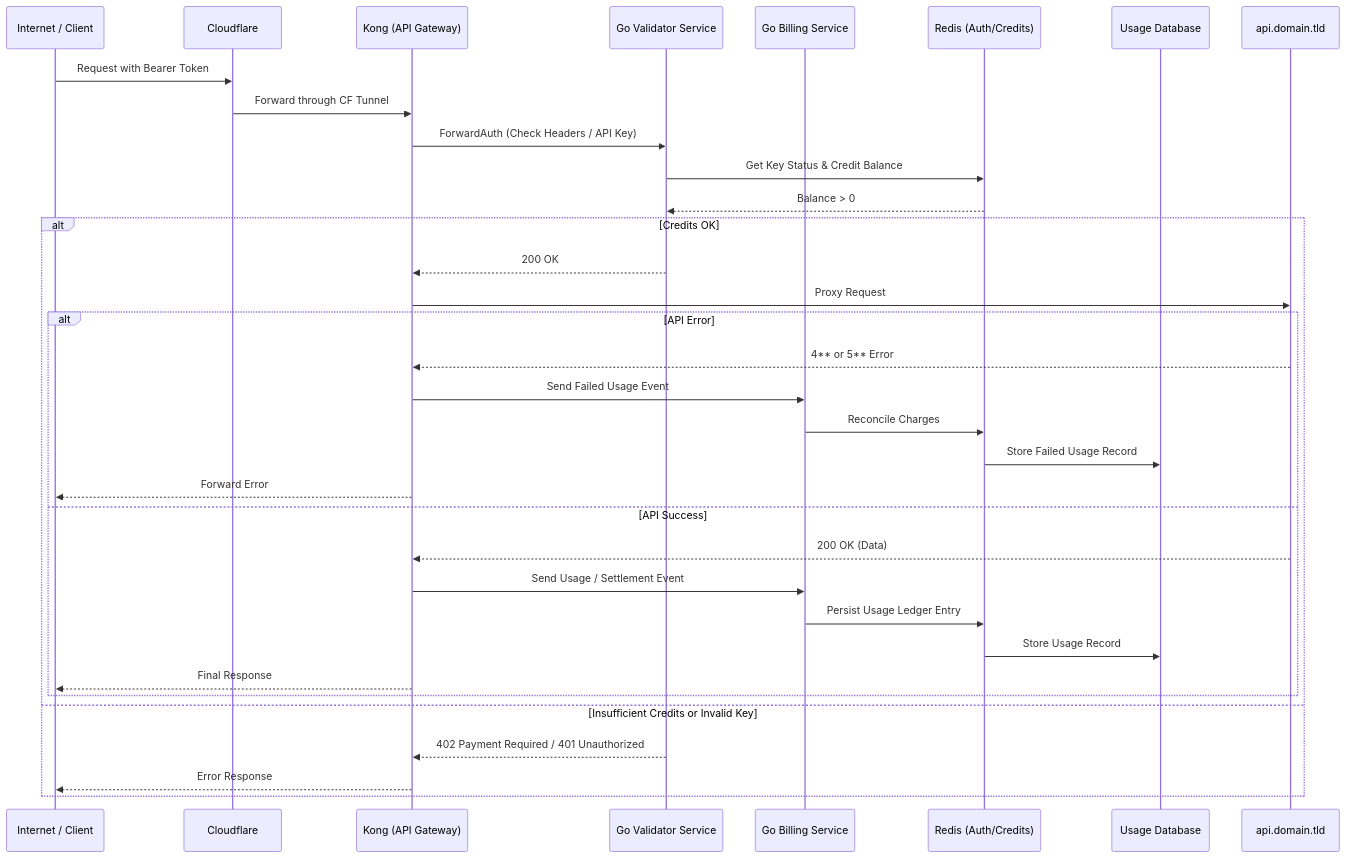
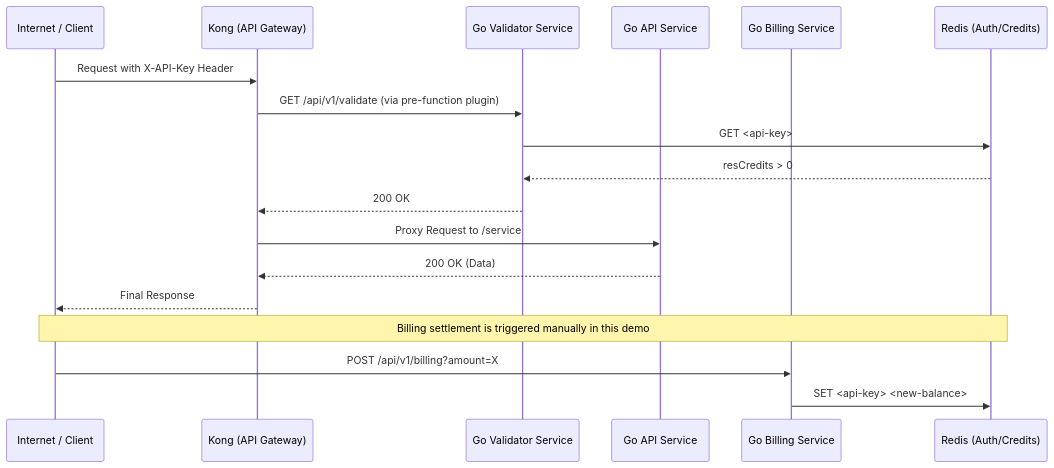
One commit to m-spangenberg/demo-monetized-api changed the first of 2 diagrams in README.md. Above: the diagram before and after it, drawn with Mermaid. The commit also changed other lines of this file, not shown here.

Commit message:
chore: update README with enhanced API flow and demo instructions

````diff
--- a/README.md
+++ b/README.md
@@ -7,46 +7,24 @@
 ```mermaid
 sequenceDiagram
     participant User as Internet / Client
-    participant CF as Cloudflare
     participant Kong as Kong (API Gateway)
     participant Validator as Go Validator Service
+    participant API as Go API Service
     participant Billing as Go Billing Service
     participant Redis as Redis (Auth/Credits)
-    participant DB as Usage Database
-    participant API as api.domain.tld
 
-    User->>CF: Request with Bearer Token
-    CF->>Kong: Forward through CF Tunnel
+    User->>Kong: Request with X-API-Key Header
+    
+    Kong->>Validator: GET /api/v1/validate (via pre-function plugin)
+    Validator->>Redis: GET <api-key>
+    Redis-->>Validator: resCredits > 0
+    Validator-->>Kong: 200 OK
 
-    Kong->>Validator: ForwardAuth (Check Headers / API Key)
+    Kong->>API: Proxy Request to /service
+    API-->>Kong: 200 OK (Data)
+    Kong-->>User: Final Response
 
-    Validator->>Redis: Get Key Status & Credit Balance
-    Redis-->>Validator: Balance > 0
-
-    alt Credits OK
-
-        Validator-->>Kong: 200 OK
-
-        Kong->>API: Proxy Request
-
-        alt API Error
-            API-->>Kong: 4** or 5** Error
-            Kong->>Billing: Send Failed Usage Event
-            Billing->>Redis: Reconcile Charges
-            Redis->>DB: Store Failed Usage Record
-            Kong-->>User: Forward Error
-        else API Success
-            API-->>Kong: 200 OK (Data)
-            Kong->>Billing: Send Usage / Settlement Event
-            Billing->>Redis: Persist Usage Ledger Entry
-            Redis->>DB: Store Usage Record
-            Kong-->>User: Final Response
-        end
-
-    else Insufficient Credits or Invalid Key
-
-        Validator-->>Kong: 402 Payment Required / 401 Unauthorized
-        Kong-->>User: Error Response
-
-    end
+    Note over User,Redis: Billing settlement is triggered manually in this demo
+    User->>Billing: POST /api/v1/billing?amount=X
+    Billing->>Redis: SET <api-key> <new-balance>
 ```
````
